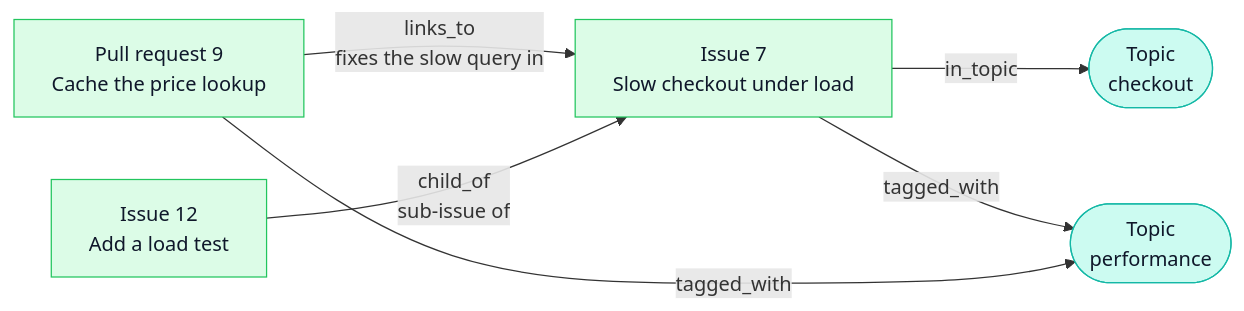
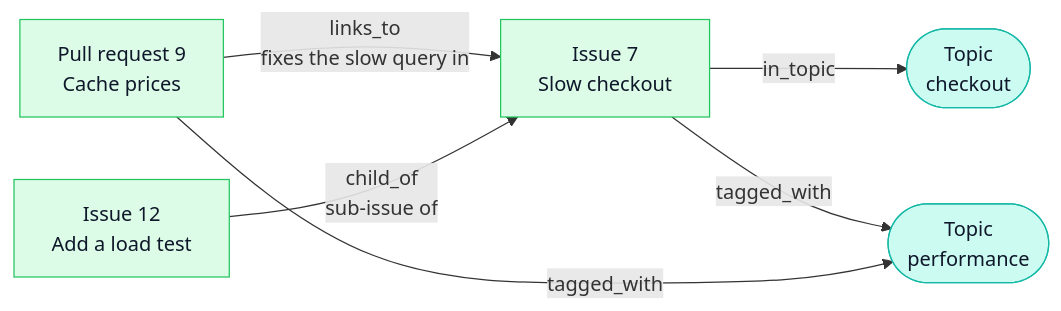
One commit to umran/grafsol changed the second of 7 diagrams in README.md. Above: the diagram before and after it, drawn with Mermaid. The commit also changed other lines of this file, not shown here.

First line of the commit message:
Fit the README's diagrams to GitHub's Mermaid renderer

````diff
--- a/README.md
+++ b/README.md
@@ -97,17 +101,17 @@
 ```mermaid
 flowchart LR
-    pr["Pull request 9<br/>Cache the price lookup"]:::doc
+    pr["Pull request 9<br/>Cache prices"]:::doc
     sub["Issue 12<br/>Add a load test"]:::doc
-    issue["Issue 7<br/>Slow checkout under load"]:::doc
+    issue["Issue 7<br/>Slow checkout"]:::doc
     checkout(["Topic<br/>checkout"]):::topic
     perf(["Topic<br/>performance"]):::topic
 
     pr -- "links_to<br/>fixes the slow query in" --> issue
     sub -- "child_of<br/>sub-issue of" --> issue
     issue -- "in_topic" --> checkout
     issue -- "tagged_with" --> perf
     pr -- "tagged_with" --> perf
 
     classDef doc fill:#dcfce7,stroke:#22c55e,color:#0f172a
     classDef topic fill:#ccfbf1,stroke:#14b8a6,color:#0f172a
 ```
````
